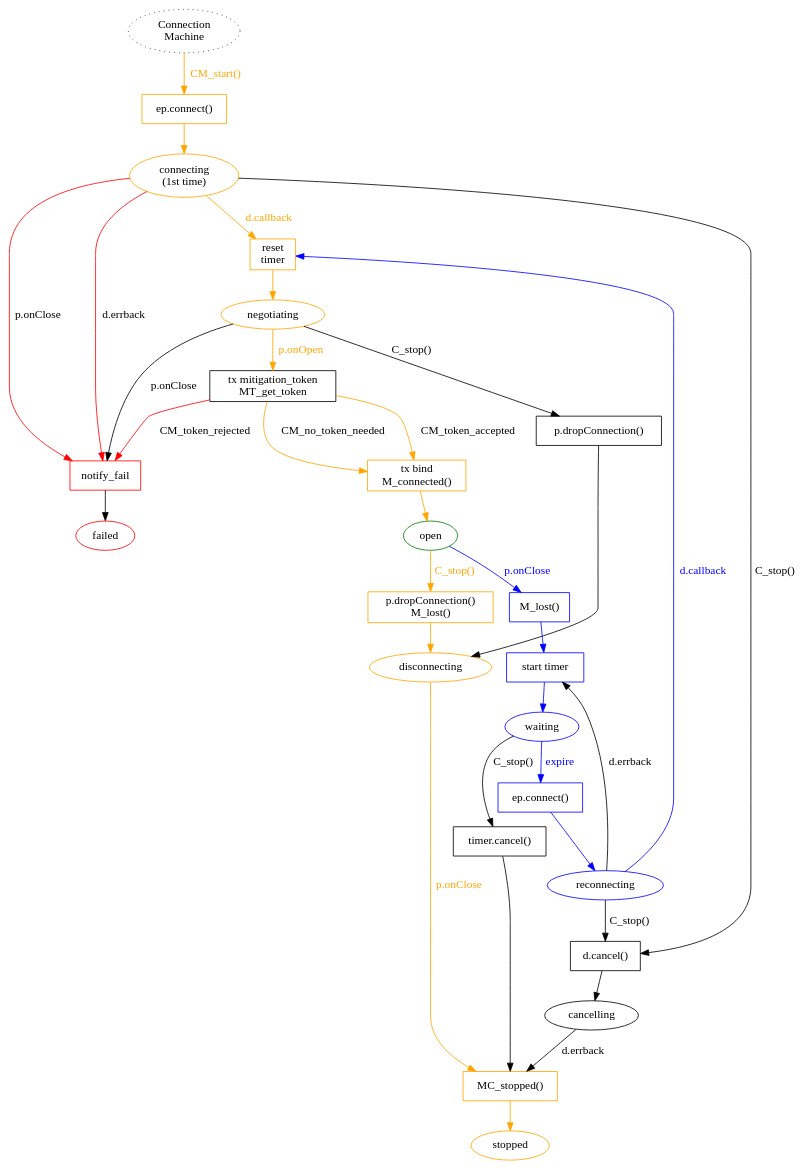
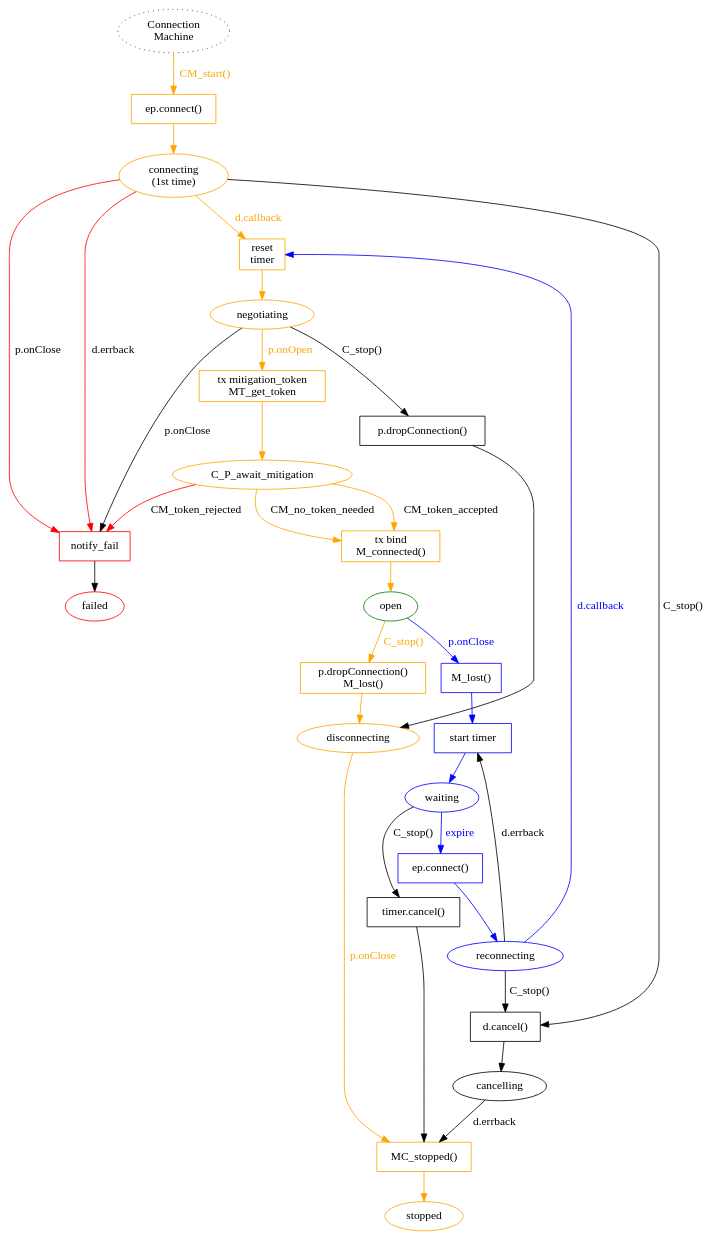
One commit to magic-wormhole/magic-wormhole changed the diagram in docs/state-machines/_connection.dot. Above: the diagram before and after it, drawn with Graphviz. The commit also changed 1 other file, not shown here.

Commit message:
tweak diagrams

```diff
--- a/docs/state-machines/_connection.dot
+++ b/docs/state-machines/_connection.dot
@@ -1,82 +1,86 @@
 digraph {
         /* note: this is nominally what we want from the machine that
          establishes the WebSocket connection (and re-establishes it when it
          is lost). We aren't using this yet; for now we're relying upon
          twisted.application.internet.ClientService, which does reconnection
          and random exponential backoff.
 
          The one thing it doesn't do is fail entirely when the first
          connection attempt fails, which I think would be good for usability.
          If the first attempt fails, it's probably because you don't have a
          network connection, or the hostname is wrong, or the service has
          been retired entirely. And retrying silently forever is not being
          honest with the user.
 
          So I'm keeping this diagram around, as a reminder of how we'd like
          to modify ClientService. */
 
 
         /* ConnectionMachine */
         C_start [label="Connection\nMachine" style="dotted"]
         C_start -> C_Pc1 [label="CM_start()" color="orange" fontcolor="orange"]
         C_Pc1 [shape="box" label="ep.connect()" color="orange"]
         C_Pc1 -> C_Sc1 [color="orange"]
         C_Sc1 [label="connecting\n(1st time)" color="orange"]
         C_Sc1 -> C_P_reset [label="d.callback" color="orange" fontcolor="orange"]
         C_P_reset [shape="box" label="reset\ntimer" color="orange"]
         C_P_reset -> C_S_negotiating [color="orange"]
         C_Sc1 -> C_P_failed [label="d.errback" color="red"]
         C_Sc1 -> C_P_failed [label="p.onClose" color="red"]
         C_Sc1 -> C_P_cancel [label="C_stop()"]
         C_P_cancel [shape="box" label="d.cancel()"]
         C_P_cancel -> C_S_cancelling
         C_S_cancelling [label="cancelling"]
         C_S_cancelling -> C_P_stopped [label="d.errback"]
 
         C_S_negotiating [label="negotiating" color="orange"]
         C_S_negotiating -> C_P_failed [label="p.onClose"]
-        C_S_negotiating -> C_P_await_mitigation [label="p.onOpen" color="orange" fontcolor="orange"]
+        C_S_negotiating -> C_P_req_mitigation [label="p.onOpen" color="orange" fontcolor="orange"]
         C_S_negotiating -> C_P_drop2 [label="C_stop()"]
         C_P_drop2 [shape="box" label="p.dropConnection()"]
         C_P_drop2 -> C_S_disconnecting
 
-        C_P_await_mitigation [shape="box" label="tx mitigation_token\nMT_get_token"]
+# "boxes are actions, circles are states"
+
+        C_P_req_mitigation [shape="box" label="tx mitigation_token\nMT_get_token" color="orange"]
+        C_P_req_mitigation -> C_P_await_mitigation [color="orange"]
+        C_P_await_mitigation [color="orange"]
         C_P_await_mitigation -> C_P_connected [label="CM_token_accepted" color="orange"]
         C_P_await_mitigation -> C_P_connected [label="CM_no_token_needed" color="orange"]
         C_P_await_mitigation -> C_P_failed [label="CM_token_rejected" color="red"]
 
         C_P_connected [shape="box" label="tx bind\nM_connected()" color="orange"]
         C_P_connected -> C_S_open [color="orange"]
 
         C_S_open [label="open" color="green"]
         C_S_open -> C_P_lost [label="p.onClose" color="blue" fontcolor="blue"]
         C_S_open -> C_P_drop [label="C_stop()" color="orange" fontcolor="orange"]
         C_P_drop [shape="box" label="p.dropConnection()\nM_lost()" color="orange"]
         C_P_drop -> C_S_disconnecting [color="orange"]
         C_S_disconnecting [label="disconnecting" color="orange"]
         C_S_disconnecting -> C_P_stopped [label="p.onClose" color="orange" fontcolor="orange"]
 
         C_P_lost [shape="box" label="M_lost()" color="blue"]
         C_P_lost -> C_P_wait [color="blue"]
         C_P_wait [shape="box" label="start timer" color="blue"]
         C_P_wait -> C_S_waiting [color="blue"]
         C_S_waiting [label="waiting" color="blue"]
         C_S_waiting -> C_Pc2 [label="expire" color="blue" fontcolor="blue"]
         C_S_waiting -> C_P_stop_timer [label="C_stop()"]
         C_P_stop_timer [shape="box" label="timer.cancel()"]
         C_P_stop_timer -> C_P_stopped
         C_Pc2 [shape="box" label="ep.connect()" color="blue"]
         C_Pc2 -> C_Sc2 [color="blue"]
         C_Sc2 [label="reconnecting" color="blue"]
         C_Sc2 -> C_P_reset [label="d.callback" color="blue" fontcolor="blue"]
         C_Sc2 -> C_P_wait [label="d.errback"]
         C_Sc2 -> C_P_cancel [label="C_stop()"]
 
         C_P_stopped [shape="box" label="MC_stopped()" color="orange"]
         C_P_stopped -> C_S_stopped [color="orange"]
         C_S_stopped [label="stopped" color="orange"]
 
         C_P_failed [shape="box" label="notify_fail" color="red"]
         C_P_failed -> C_S_failed
         C_S_failed [label="failed" color="red"]
 }
```
